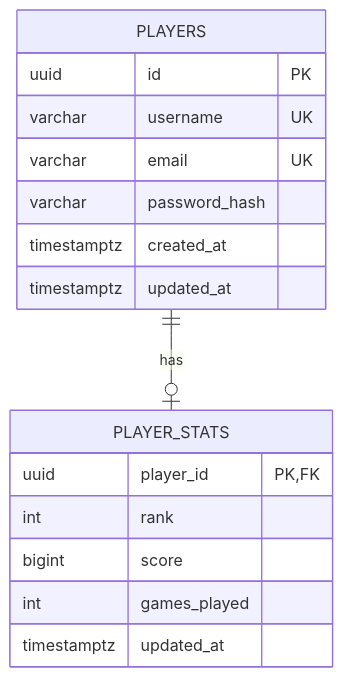
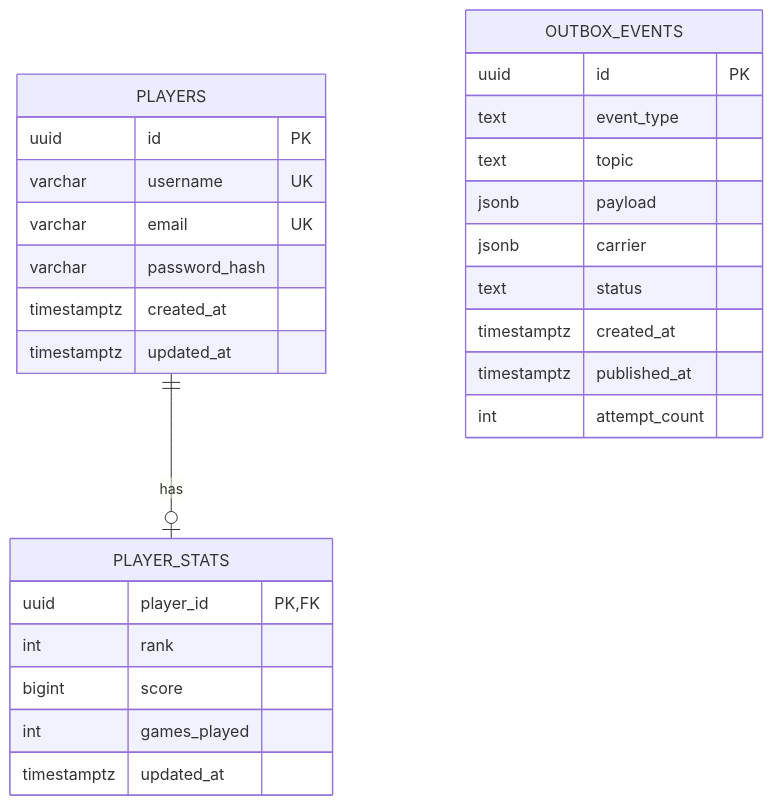
The second of 2 diagrams in README.md (AlpNuhoglu/gamemesh), drawn with Mermaid before and after one commit. The commit also changed other lines of this file, not shown here.

First line of the commit message:
docs(readme): document presence, outbox, NATS and OpenTelemetry layers

````diff
--- a/README.md
+++ b/README.md
@@ -52,19 +66,30 @@
 ```mermaid
 erDiagram
     PLAYERS ||--o| PLAYER_STATS : has
     PLAYERS {
         uuid id PK
         varchar username UK
         varchar email UK
         varchar password_hash
         timestamptz created_at
         timestamptz updated_at
     }
     PLAYER_STATS {
         uuid player_id PK, FK
         int rank
         bigint score
         int games_played
         timestamptz updated_at
     }
+    OUTBOX_EVENTS {
+        uuid id PK
+        text event_type
+        text topic
+        jsonb payload
+        jsonb carrier
+        text status
+        timestamptz created_at
+        timestamptz published_at
+        int attempt_count
+    }
 ```
````
